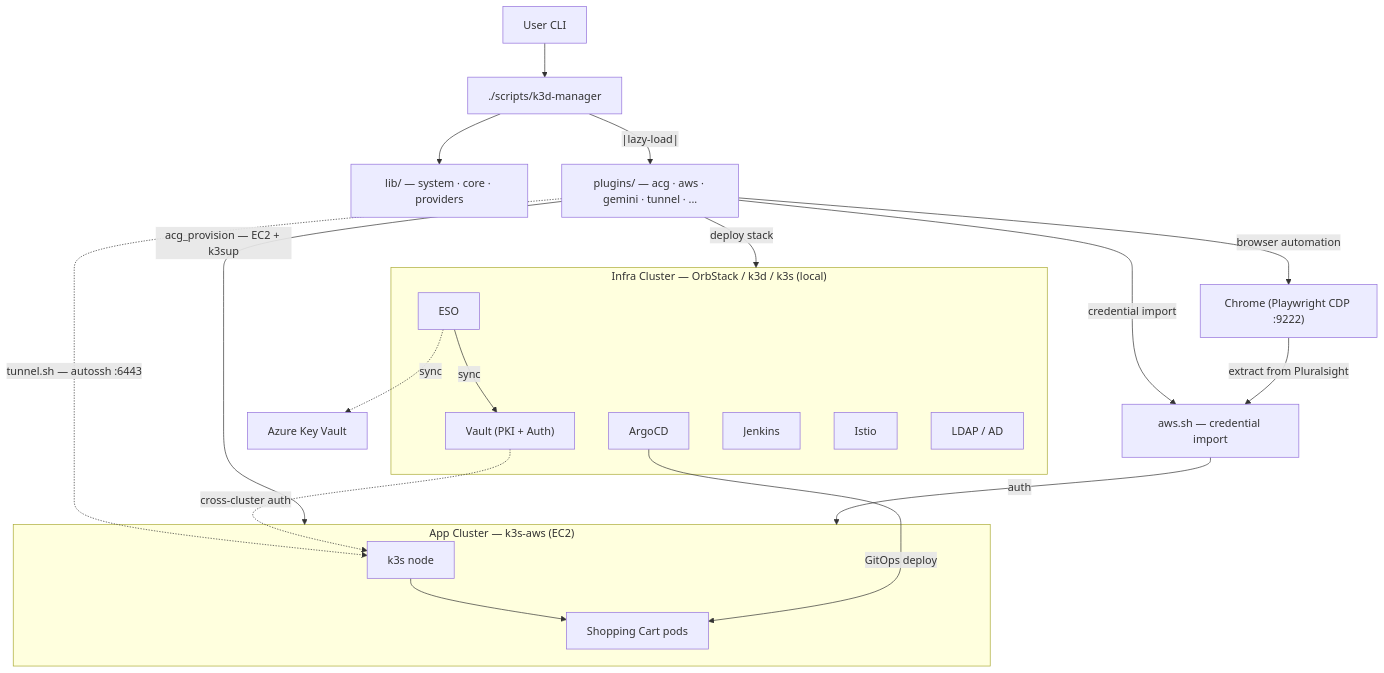
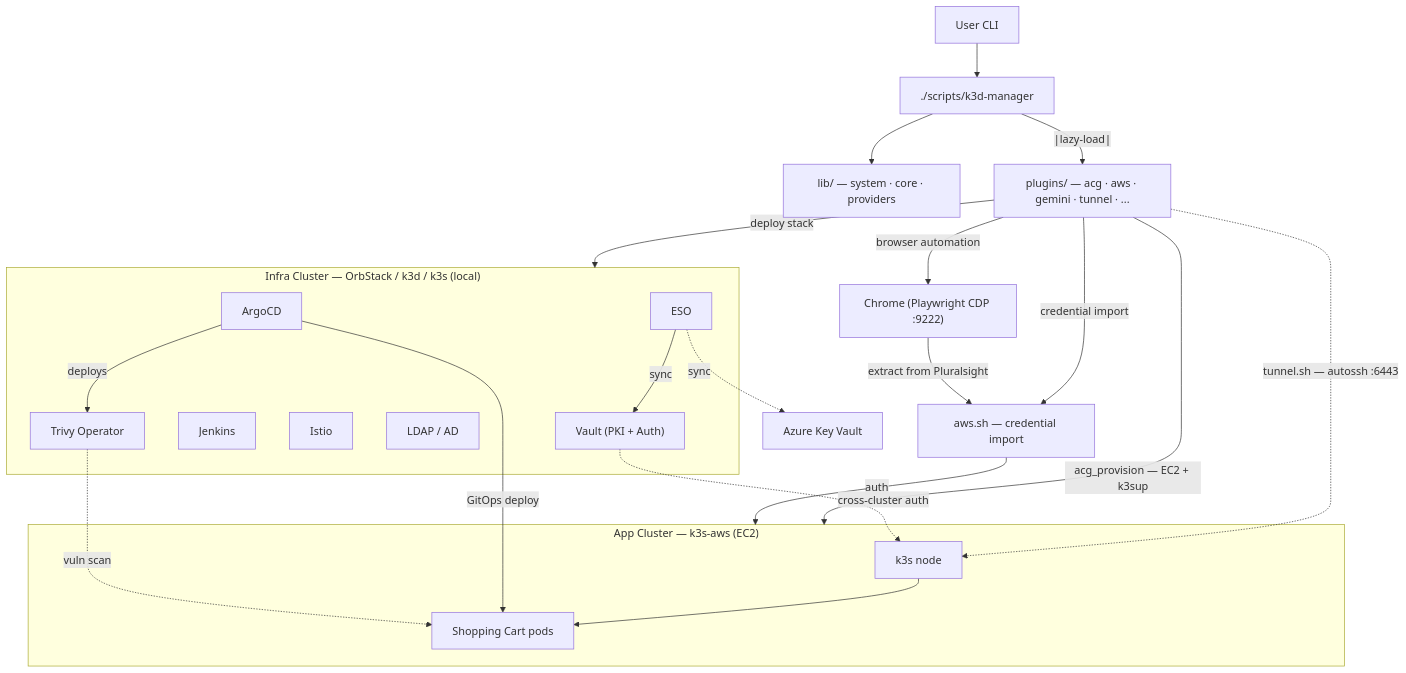
Before and after one commit to wilddog64/k3d-manager: the diagram in README.md, drawn with Mermaid. The commit also changed 1 other file, not shown here.

Commit message:
docs(readme): add Trivy Operator to architecture diagram; fix(shopping-cart): increase MinIO rollout timeout 120s→300s for slow quay.io pulls

````diff
--- a/README.md
+++ b/README.md
@@ -123,36 +123,39 @@
 ```mermaid
 graph TD
   U[User CLI] --> KM[./scripts/k3d-manager]
   KM --> LIB["lib/ — system · core · providers"]
   KM --|lazy-load|--> PLUG["plugins/ — acg · aws · gemini · tunnel · ..."]
 
   subgraph Infra ["Infra Cluster — OrbStack / k3d / k3s (local)"]
     VAULT["Vault (PKI + Auth)"]
     ESO[ESO]
     ARGOCD[ArgoCD]
     JENKINS[Jenkins]
     ISTIO[Istio]
     LDAP[LDAP / AD]
+    TRIVY[Trivy Operator]
     ESO -->|sync| VAULT
+    ARGOCD -->|deploys| TRIVY
   end
 
   subgraph AppCluster ["App Cluster — k3s-aws (EC2)"]
     K3S[k3s node]
     APPS[Shopping Cart pods]
     K3S --> APPS
   end
 
   ANTG["Chrome (Playwright CDP :9222)"]
   AWSC["aws.sh — credential import"]
 
   PLUG -->|deploy stack| Infra
   PLUG -->|acg_provision — EC2 + k3sup| AppCluster
   PLUG -->|browser automation| ANTG
   PLUG -->|credential import| AWSC
   ANTG -->|extract from Pluralsight| AWSC
   AWSC -->|auth| AppCluster
   PLUG -.->|tunnel.sh — autossh :6443| K3S
   ARGOCD -->|GitOps deploy| APPS
+  TRIVY -.->|vuln scan| APPS
   VAULT -.->|cross-cluster auth| K3S
   ESO -.->|sync| AKV[Azure Key Vault]
 ```
````
